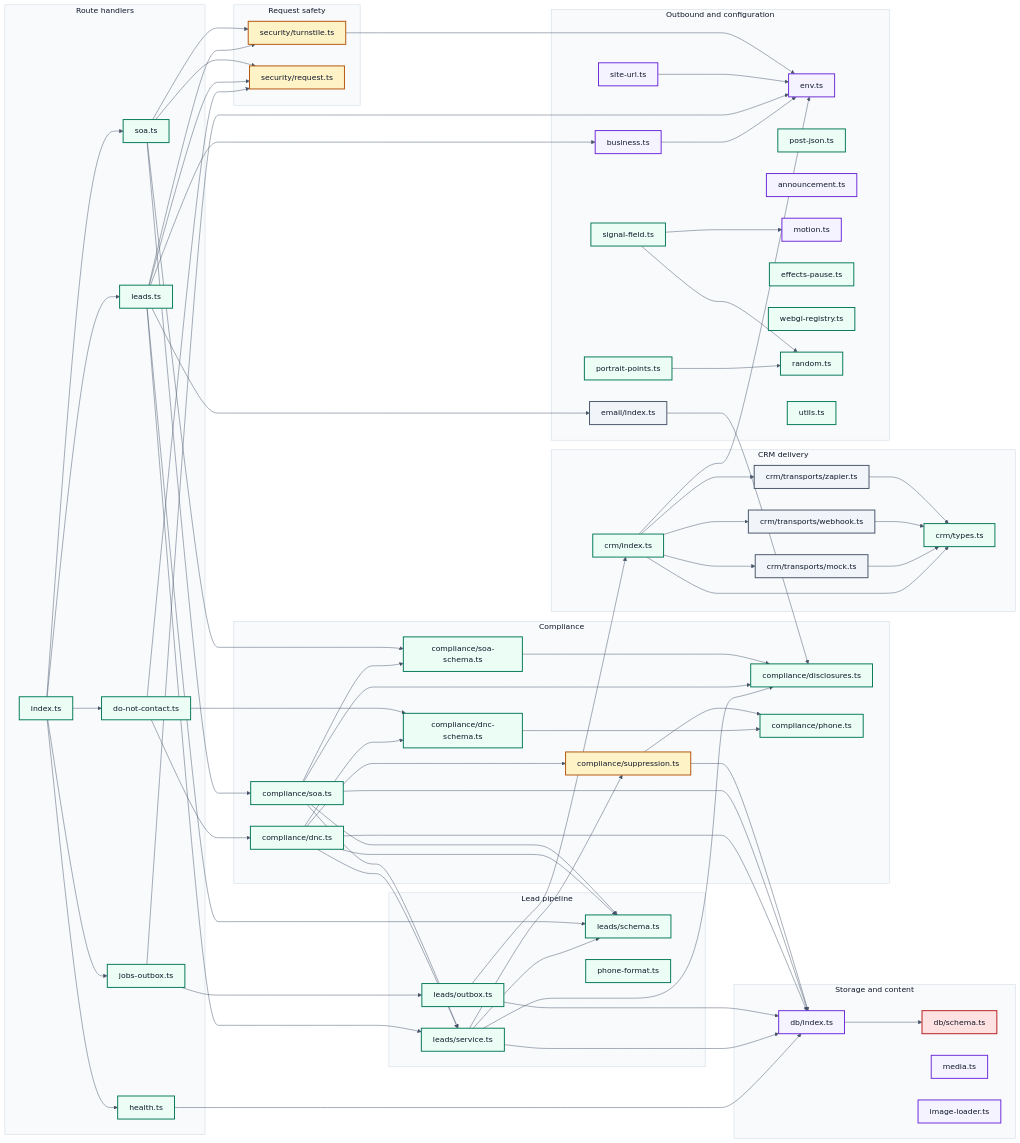
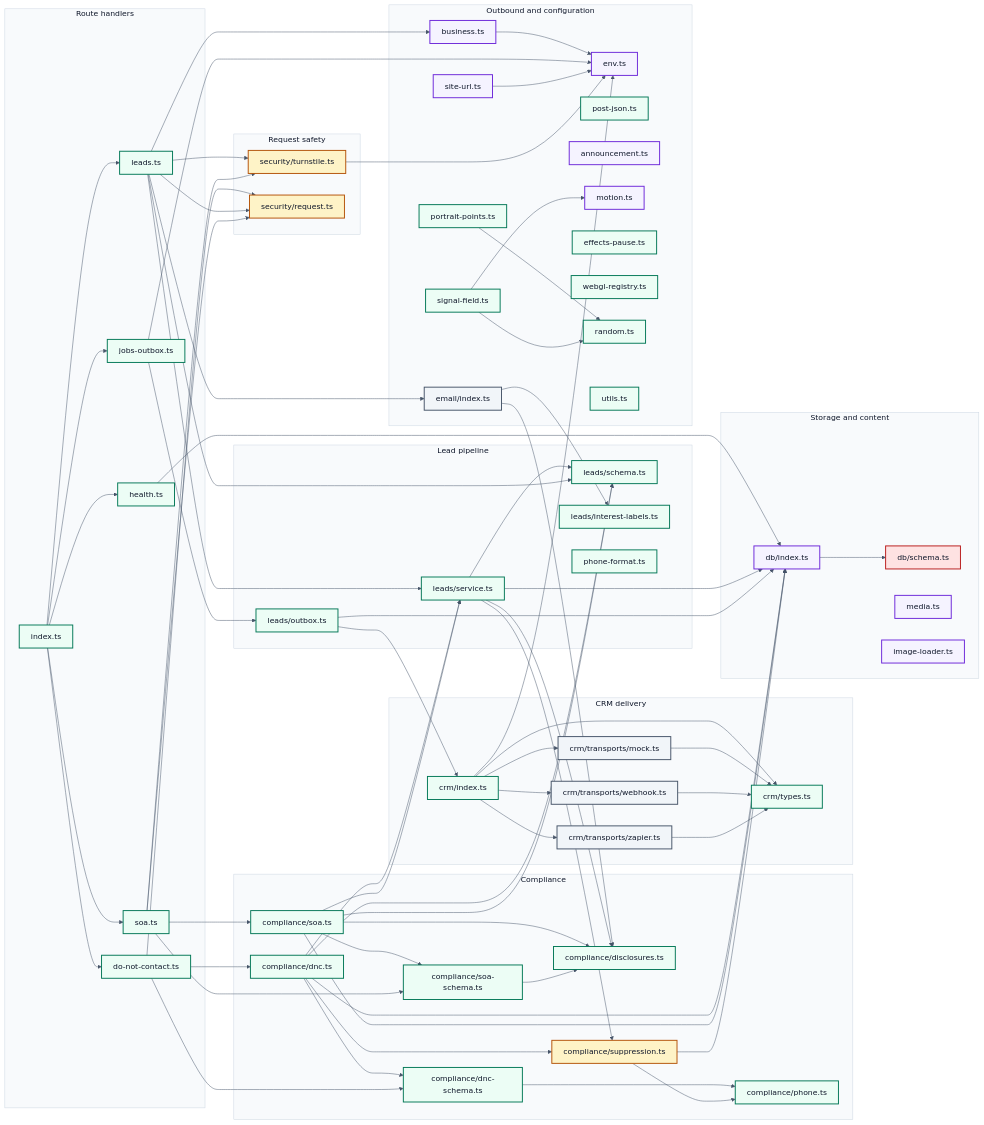
Before and after one commit to marc-mccarthy/legacy-benefits-mn: the diagram in docs/diagrams/D5-module-map.mmd, drawn with Mermaid. The commit also changed 8 other files, not shown here.

Commit message:
feat: map website leads to MedicarePRO fields and share interest labels

```diff
--- a/docs/diagrams/D5-module-map.mmd
+++ b/docs/diagrams/D5-module-map.mmd
@@ -1,147 +1,149 @@
 %%{init: {"theme":"base","themeVariables":{"fontFamily":"Helvetica Neue, Helvetica, Arial, sans-serif","fontSize":"16px","textColor":"#0F172A","background":"#FFFFFF","lineColor":"#475569","mainBkg":"#EFF6FF","nodeBorder":"#1D4ED8","primaryColor":"#EFF6FF","primaryBorderColor":"#1D4ED8","primaryTextColor":"#0F172A","secondaryColor":"#F1F5F9","secondaryBorderColor":"#475569","secondaryTextColor":"#0F172A","tertiaryColor":"#F8FAFC","tertiaryBorderColor":"#CBD5E1","tertiaryTextColor":"#0F172A","clusterBkg":"#F8FAFC","clusterBorder":"#CBD5E1","edgeLabelBackground":"#FFFFFF","actorBkg":"#EEF2FF","actorBorder":"#4338CA","actorTextColor":"#0F172A","signalColor":"#475569","signalTextColor":"#0F172A","noteBkgColor":"#FEF3C7","noteBorderColor":"#B45309","noteTextColor":"#0F172A","activationBkgColor":"#ECFDF5","activationBorderColor":"#047857","labelBoxBkgColor":"#FEF3C7","labelBoxBorderColor":"#B45309","sequenceNumberColor":"#FFFFFF"},"flowchart":{"htmlLabels":false,"curve":"basis","nodeSpacing":45,"rankSpacing":60,"padding":12},"sequence":{"useMaxWidth":false,"htmlLabels":false,"mirrorActors":false,"wrap":true,"width":190}}}%%
 flowchart LR
 accTitle: Every server module this repository owns, and what each one imports
 accDescr {
   A left-to-right map of the server side of the application, derived from the imports in the
   code rather than drawn by hand, so it cannot describe a wiring that no longer exists. Each
   box is one module; each arrow is one module importing another. Route handlers sit on the
   left, since every request enters through one of them. The two modules that verify a request
   and the one that decides whether a person may be contacted are drawn as gates, because their
   job is to reject. The database schema is drawn as regulated data, because that is what it
   declares. Test files are excluded: a test importing a module says nothing about how the
-  application is wired. 41 modules and 57 imports are drawn.
+  application is wired. 42 modules and 58 imports are drawn.
 }
 
 subgraph Routehandlers ["Route handlers"]
   apiRouter["index.ts"]
   leadsRoute["leads.ts"]
   soaRoute["soa.ts"]
   dncRoute["do-not-contact.ts"]
   jobsRoute["jobs-outbox.ts"]
   healthRoute["health.ts"]
 end
 
 subgraph Requestsafety ["Request safety"]
   turnstile["security/turnstile.ts"]
   request["security/request.ts"]
 end
 
 subgraph Leadpipeline ["Lead pipeline"]
   leadService["leads/service.ts"]
   leadSchema["leads/schema.ts"]
   outbox["leads/outbox.ts"]
+  interestLabels["leads/interest-labels.ts"]
   phoneFormat["phone-format.ts"]
 end
 
 subgraph Compliance ["Compliance"]
   disclosures["compliance/disclosures.ts"]
   suppression["compliance/suppression.ts"]
   phone["compliance/phone.ts"]
   dnc["compliance/dnc.ts"]
   dncSchema["compliance/dnc-schema.ts"]
   soa["compliance/soa.ts"]
   soaSchema["compliance/soa-schema.ts"]
 end
 
 subgraph CRMdelivery ["CRM delivery"]
   crm["crm/index.ts"]
   crmTypes["crm/types.ts"]
   webhook["crm/transports/webhook.ts"]
   zapier["crm/transports/zapier.ts"]
   mock["crm/transports/mock.ts"]
 end
 
 subgraph Storageandcontent ["Storage and content"]
   db["db/index.ts"]
   dbSchema["db/schema.ts"]
   media["media.ts"]
   imageLoader["image-loader.ts"]
 end
 
 subgraph Outboundandconfiguration ["Outbound and configuration"]
   email["email/index.ts"]
   env["env.ts"]
   siteUrl["site-url.ts"]
   postJson["post-json.ts"]
   business["business.ts"]
   announcement["announcement.ts"]
   motion["motion.ts"]
   effectsPause["effects-pause.ts"]
   webglRegistry["webgl-registry.ts"]
   portraitPoints["portrait-points.ts"]
   signalField["signal-field.ts"]
   random["random.ts"]
   utils["utils.ts"]
 end
 
 apiRouter --> dncRoute
 apiRouter --> healthRoute
 apiRouter --> jobsRoute
 apiRouter --> leadsRoute
 apiRouter --> soaRoute
 business --> env
 crm --> crmTypes
 crm --> env
 crm --> mock
 crm --> webhook
 crm --> zapier
 db --> dbSchema
 dnc --> db
 dnc --> dncSchema
 dnc --> leadSchema
 dnc --> leadService
 dnc --> suppression
 dncRoute --> dnc
 dncRoute --> dncSchema
 dncRoute --> request
 dncSchema --> phone
 email --> disclosures
+email --> interestLabels
 healthRoute --> db
 jobsRoute --> env
 jobsRoute --> outbox
 leadService --> db
 leadService --> disclosures
 leadService --> leadSchema
 leadService --> suppression
 leadsRoute --> business
 leadsRoute --> email
 leadsRoute --> leadSchema
 leadsRoute --> leadService
 leadsRoute --> request
 leadsRoute --> turnstile
 mock --> crmTypes
 outbox --> crm
 outbox --> db
 portraitPoints --> random
 signalField --> motion
 signalField --> random
 siteUrl --> env
 soa --> db
 soa --> disclosures
 soa --> leadSchema
 soa --> leadService
 soa --> soaSchema
 soaRoute --> request
 soaRoute --> soa
 soaRoute --> soaSchema
 soaRoute --> turnstile
 soaSchema --> disclosures
 suppression --> db
 suppression --> phone
 turnstile --> env
 webhook --> crmTypes
 zapier --> crmTypes
 
 classDef human    fill:#EEF2FF,stroke:#4338CA,stroke-width:2px,color:#0F172A
 classDef client   fill:#EFF6FF,stroke:#1D4ED8,stroke-width:2px,color:#0F172A
 classDef ours     fill:#ECFDF5,stroke:#047857,stroke-width:2px,color:#0F172A
 classDef guard    fill:#FEF3C7,stroke:#B45309,stroke-width:2px,color:#0F172A
 classDef vendor   fill:#F1F5F9,stroke:#475569,stroke-width:2px,color:#0F172A
 classDef phi      fill:#FEE2E2,stroke:#B91C1C,stroke-width:2px,color:#0F172A
 classDef artifact fill:#F5F3FF,stroke:#6D28D9,stroke-width:2px,color:#0F172A
 
-class apiRouter,leadsRoute,soaRoute,dncRoute,jobsRoute,healthRoute,leadService,leadSchema,outbox,phoneFormat,disclosures,phone,dnc,dncSchema,soa,soaSchema,crm,crmTypes,postJson,effectsPause,webglRegistry,portraitPoints,signalField,random,utils ours
+class apiRouter,leadsRoute,soaRoute,dncRoute,jobsRoute,healthRoute,leadService,leadSchema,outbox,interestLabels,phoneFormat,disclosures,phone,dnc,dncSchema,soa,soaSchema,crm,crmTypes,postJson,effectsPause,webglRegistry,portraitPoints,signalField,random,utils ours
 class turnstile,request,suppression guard
 class webhook,zapier,mock,email vendor
 class dbSchema phi
 class db,media,imageLoader,env,siteUrl,business,announcement,motion artifact
```
